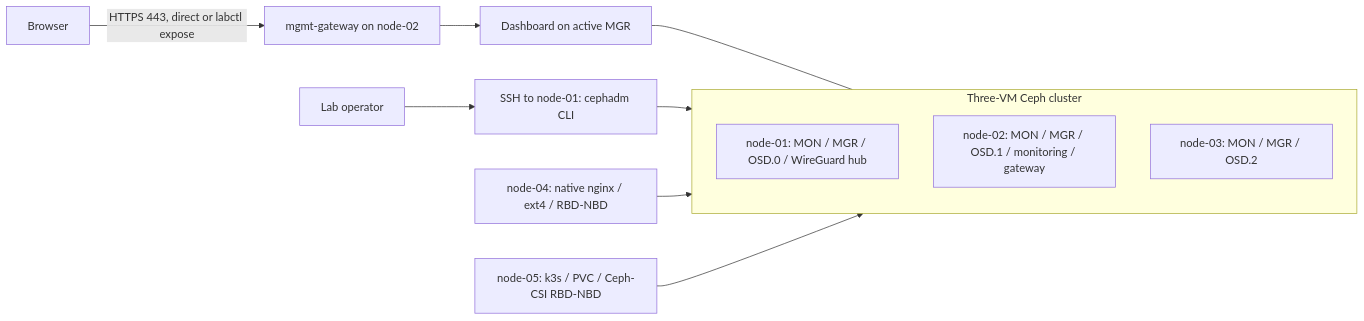
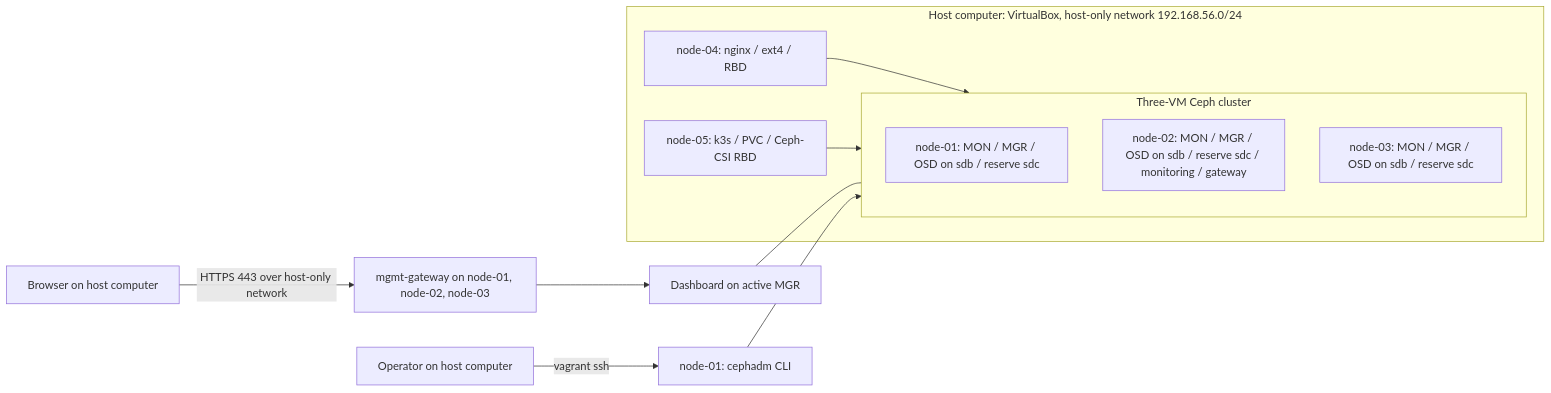
One commit to iamunnip/ceph-lab changed the diagram in vm/docs/arc42/README.md. Above: the diagram before and after it, drawn with Mermaid. The commit also changed other lines of this file and 46 other files, not shown here.

First line of the commit message:
feat: move vm lab to vagrant and deploy ceph by hand

````diff
--- a/vm/docs/arc42/README.md
+++ b/vm/docs/arc42/README.md
@@ -13,15 +13,17 @@
 ```mermaid
 flowchart LR
-    Operator[Lab operator] --> Admin[SSH to node-01: cephadm CLI]
-    Browser[Browser] -->|HTTPS 443, direct or labctl expose| GW[mgmt-gateway on node-02]
+    Operator[Operator on host computer] -->|vagrant ssh| Admin[node-01: cephadm CLI]
+    Browser[Browser on host computer] -->|HTTPS 443 over host-only network| GW[mgmt-gateway on node-01, node-02, node-03]
     GW --> UI[Dashboard on active MGR]
-    subgraph Cluster[Three-VM Ceph cluster]
-        C1[node-01: MON / MGR / OSD.0 / WireGuard hub]
-        C2[node-02: MON / MGR / OSD.1 / monitoring / gateway]
-        C3[node-03: MON / MGR / OSD.2]
+    subgraph Host[Host computer: VirtualBox, host-only network 192.168.56.0/24]
+        subgraph Cluster[Three-VM Ceph cluster]
+            C1[node-01: MON / MGR / OSD on sdb / reserve sdc]
+            C2[node-02: MON / MGR / OSD on sdb / reserve sdc / monitoring / gateway]
+            C3[node-03: MON / MGR / OSD on sdb / reserve sdc]
+        end
+        Native[node-04: nginx / ext4 / RBD] --> Cluster
+        K3s[node-05: k3s / PVC / Ceph-CSI RBD] --> Cluster
     end
     UI --- Cluster
     Admin --> Cluster
-    Native[node-04: native nginx / ext4 / RBD-NBD] --> Cluster
-    K3s[node-05: k3s / PVC / Ceph-CSI RBD-NBD] --> Cluster
 ```
````
